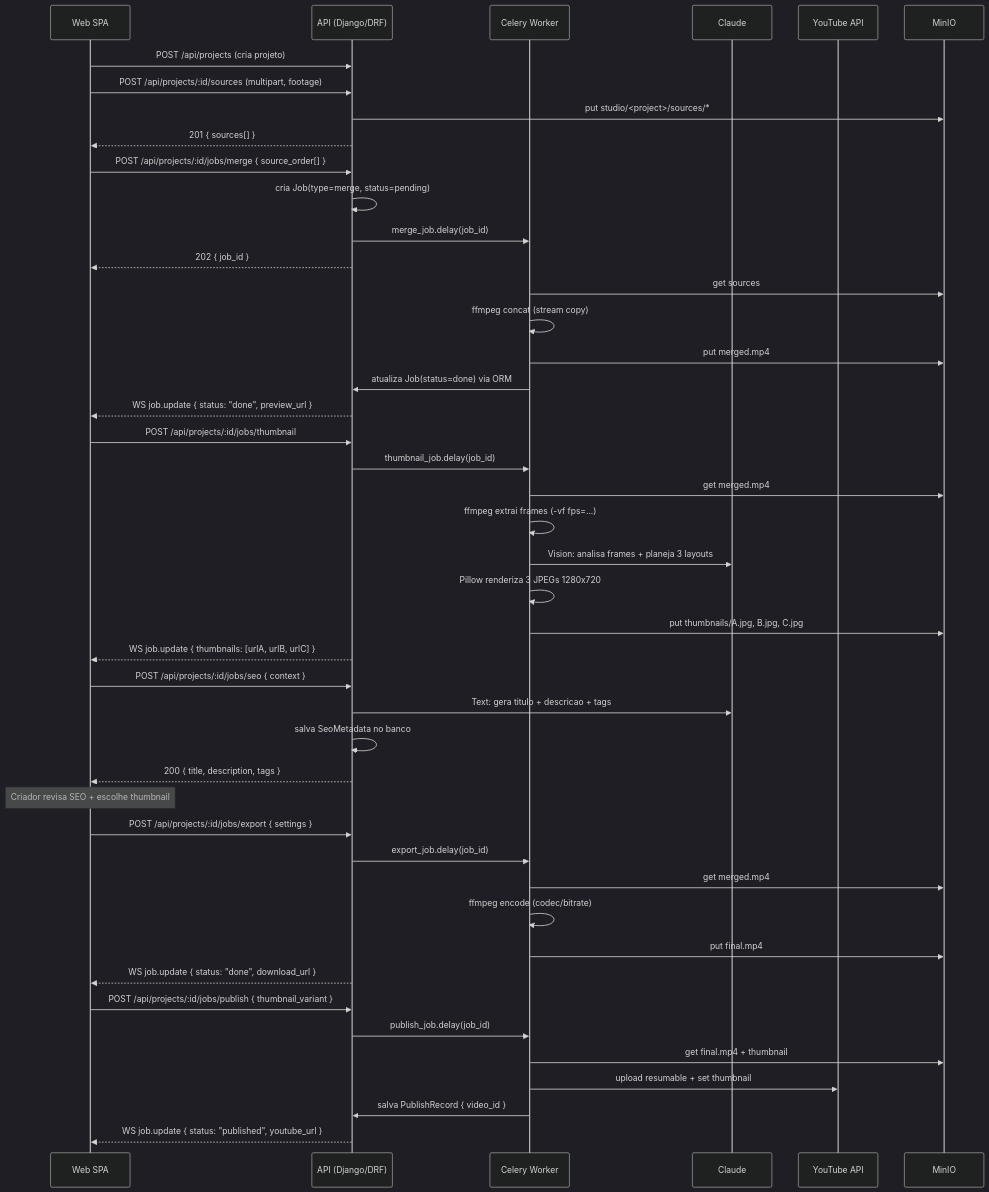
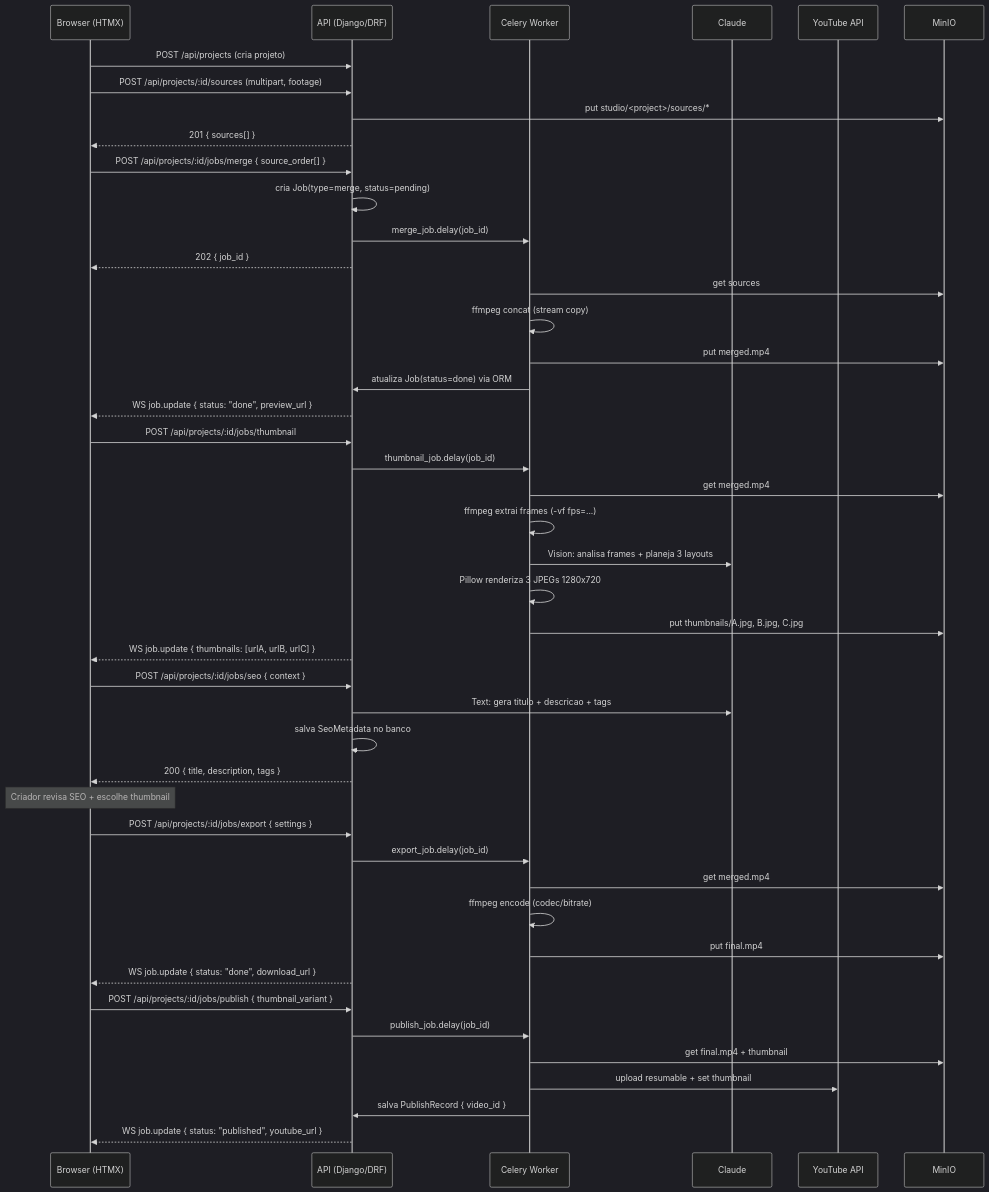
One commit to rastamansp/ffmpeg-colab changed the second of 2 diagrams in docs/spec/00-overview/system-context.md. Above: the diagram before and after it, drawn with Mermaid (dark theme). The commit also changed other lines of this file and 6 other files, not shown here.

````diff
--- a/docs/spec/00-overview/system-context.md
+++ b/docs/spec/00-overview/system-context.md
@@ -55,53 +54,53 @@
 ```mermaid
 sequenceDiagram
-    participant W as Web SPA
+    participant W as Browser (HTMX)
     participant A as API (Django/DRF)
     participant Wk as Celery Worker
     participant C as Claude
     participant YT as YouTube API
     participant M as MinIO
 
     W->>A: POST /api/projects (cria projeto)
     W->>A: POST /api/projects/:id/sources (multipart, footage)
     A->>M: put studio/<project>/sources/*
     A-->>W: 201 { sources[] }
 
     W->>A: POST /api/projects/:id/jobs/merge { source_order[] }
     A->>A: cria Job(type=merge, status=pending)
     A->>Wk: merge_job.delay(job_id)
     A-->>W: 202 { job_id }
     Wk->>M: get sources
     Wk->>Wk: ffmpeg concat (stream copy)
     Wk->>M: put merged.mp4
     Wk->>A: atualiza Job(status=done) via ORM
     A-->>W: WS job.update { status: "done", preview_url }
 
     W->>A: POST /api/projects/:id/jobs/thumbnail
     A->>Wk: thumbnail_job.delay(job_id)
     Wk->>M: get merged.mp4
     Wk->>Wk: ffmpeg extrai frames (-vf fps=...)
     Wk->>C: Vision: analisa frames + planeja 3 layouts
     Wk->>Wk: Pillow renderiza 3 JPEGs 1280x720
     Wk->>M: put thumbnails/A.jpg, B.jpg, C.jpg
     A-->>W: WS job.update { thumbnails: [urlA, urlB, urlC] }
 
     W->>A: POST /api/projects/:id/jobs/seo { context }
     A->>C: Text: gera titulo + descricao + tags
     A->>A: salva SeoMetadata no banco
     A-->>W: 200 { title, description, tags }
     Note over W: Criador revisa SEO + escolhe thumbnail
 
     W->>A: POST /api/projects/:id/jobs/export { settings }
     A->>Wk: export_job.delay(job_id)
     Wk->>M: get merged.mp4
     Wk->>Wk: ffmpeg encode (codec/bitrate)
     Wk->>M: put final.mp4
     A-->>W: WS job.update { status: "done", download_url }
 
     W->>A: POST /api/projects/:id/jobs/publish { thumbnail_variant }
     A->>Wk: publish_job.delay(job_id)
     Wk->>M: get final.mp4 + thumbnail
     Wk->>YT: upload resumable + set thumbnail
     Wk->>A: salva PublishRecord { video_id }
     A-->>W: WS job.update { status: "published", youtube_url }
 ```
````
